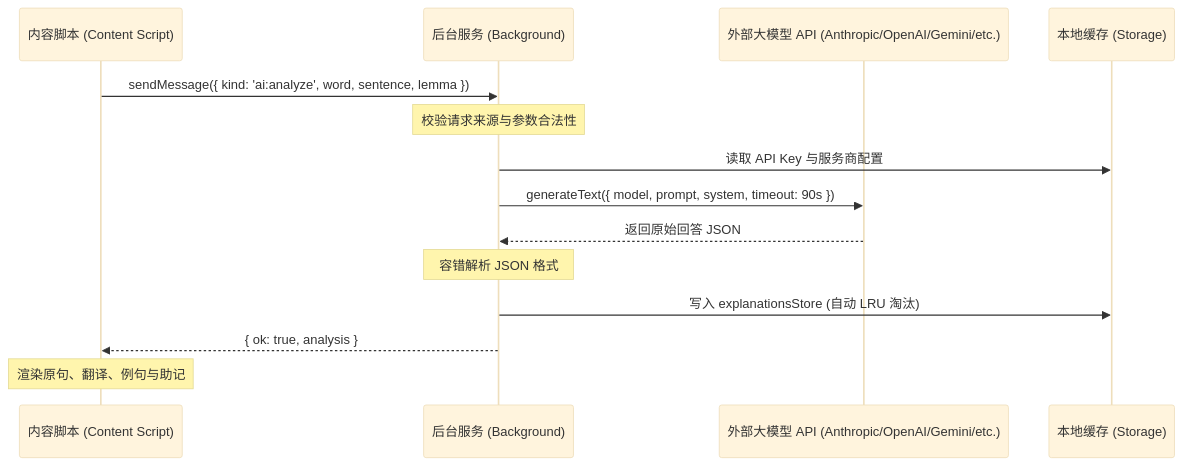
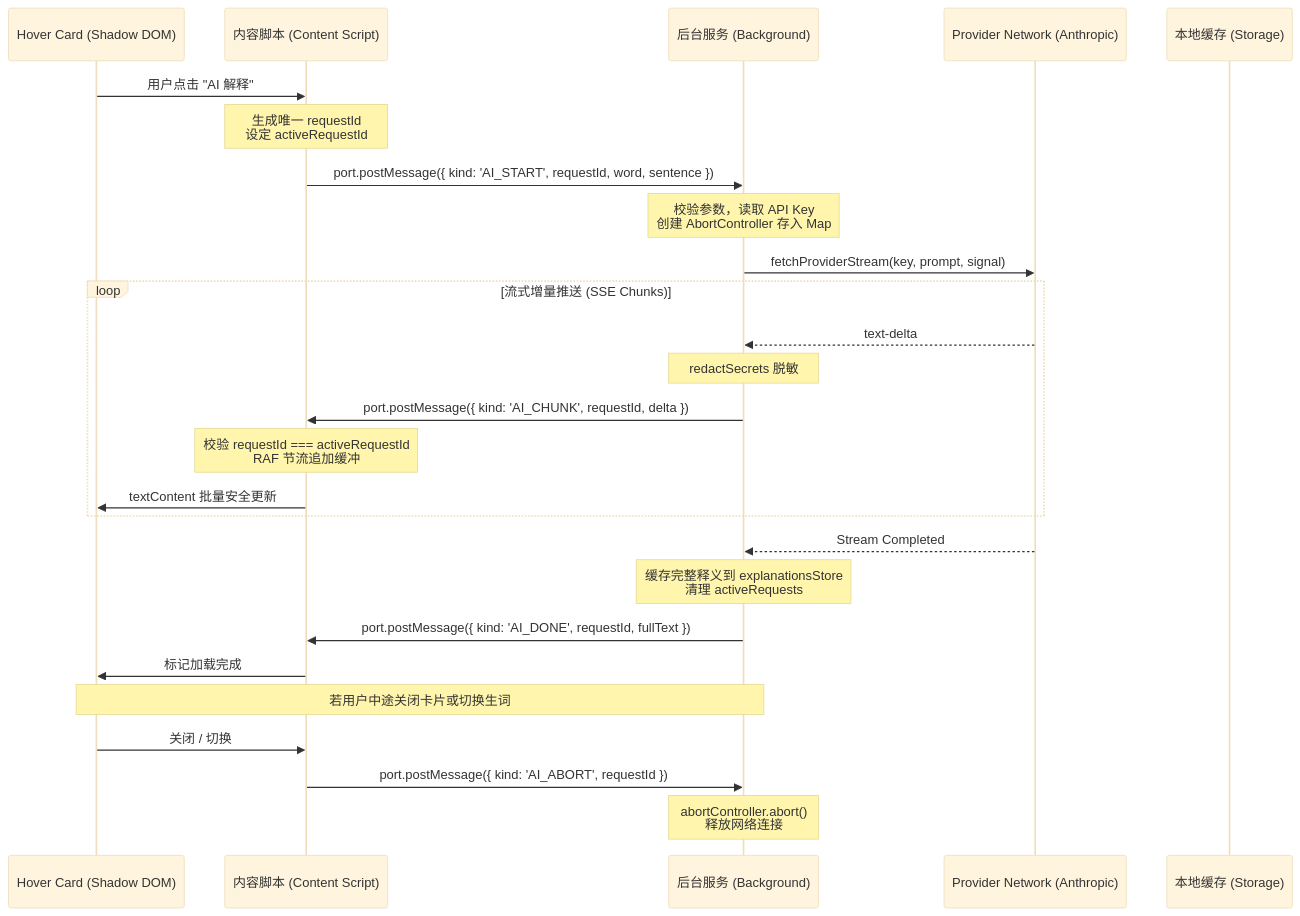
One commit to ReiAKIraAn/Glint changed the third of 3 diagrams in docs/architecture.md. Above: the diagram before and after it, drawn with Mermaid (base theme). The commit also changed other lines of this file and 3 other files, not shown here.

Commit message:
docs(m4): establish ai explanation architecture and risk review (ADR 002)

````diff
--- a/docs/architecture.md
+++ b/docs/architecture.md
@@ -107,17 +112,32 @@
 ```mermaid
 sequenceDiagram
+    participant Card as Hover Card (Shadow DOM)
     participant CS as 内容脚本 (Content Script)
     participant BG as 后台服务 (Background)
-    participant AI as 外部大模型 API (Anthropic/OpenAI/Gemini/etc.)
+    participant PN as Provider Network (Anthropic)
     participant Store as 本地缓存 (Storage)
 
-    CS->>BG: sendMessage({ kind: 'ai:analyze', word, sentence, lemma })
-    Note over BG: 校验请求来源与参数合法性
-    BG->>Store: 读取 API Key 与服务商配置
-    BG->>AI: generateText({ model, prompt, system, timeout: 90s })
-    AI-->>BG: 返回原始回答 JSON
-    Note over BG: 容错解析 JSON 格式
-    BG->>Store: 写入 explanationsStore (自动 LRU 淘汰)
-    BG-->>CS: { ok: true, analysis }
-    Note over CS: 渲染原句、翻译、例句与助记
+    Card->>CS: 用户点击 "AI 解释"
+    Note over CS: 生成唯一 requestId<br/>设定 activeRequestId
+    CS->>BG: port.postMessage({ kind: 'AI_START', requestId, word, sentence })
+    Note over BG: 校验参数，读取 API Key<br/>创建 AbortController 存入 Map
+    BG->>PN: fetchProviderStream(key, prompt, signal)
+    
+    loop 流式增量推送 (SSE Chunks)
+        PN-->>BG: text-delta
+        Note over BG: redactSecrets 脱敏
+        BG->>CS: port.postMessage({ kind: 'AI_CHUNK', requestId, delta })
+        Note over CS: 校验 requestId === activeRequestId<br/>RAF 节流追加缓冲
+        CS->>Card: textContent 批量安全更新
+    end
+
+    PN-->>BG: Stream Completed
+    Note over BG: 缓存完整释义到 explanationsStore<br/>清理 activeRequests
+    BG->>CS: port.postMessage({ kind: 'AI_DONE', requestId, fullText })
+    CS->>Card: 标记加载完成
+
+    Note over Card,BG: 若用户中途关闭卡片或切换生词
+    Card->>CS: 关闭 / 切换
+    CS->>BG: port.postMessage({ kind: 'AI_ABORT', requestId })
+    Note over BG: abortController.abort()<br/>释放网络连接
 ```
````
